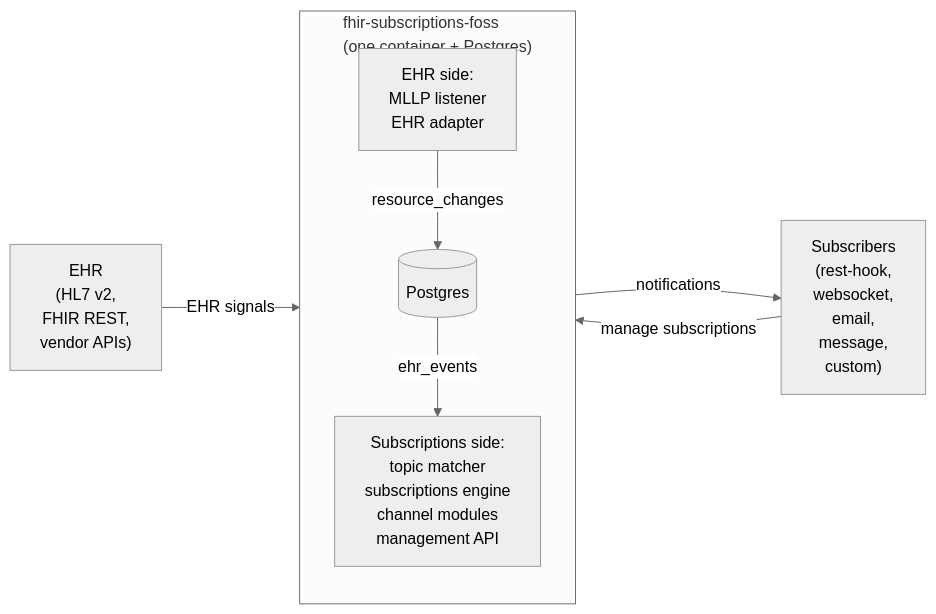
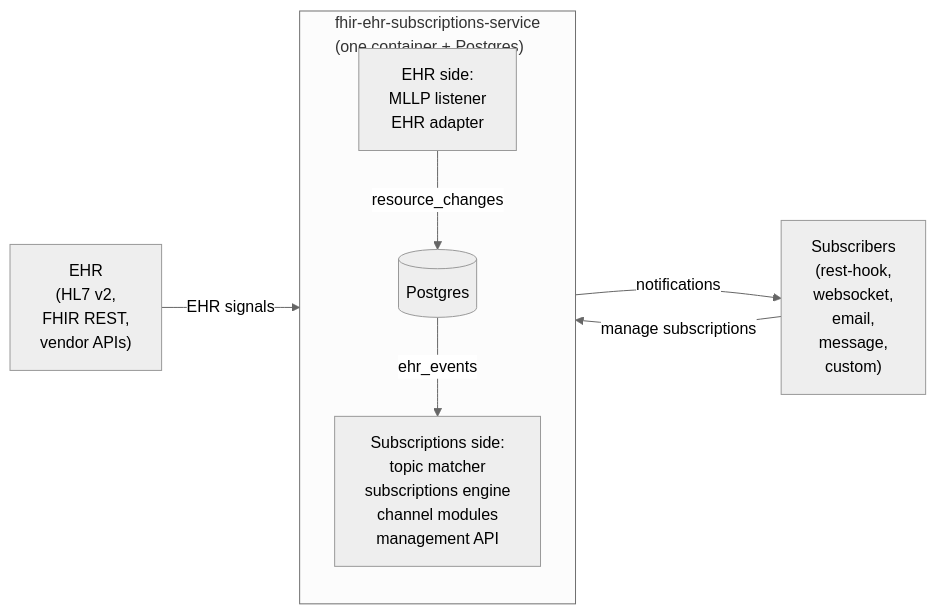
The diagram in docs/high-level-design/overview.md (bzimbelman/fhir-ehr-subscriptions-service), drawn with Mermaid (neutral theme) before and after one commit. The commit also changed other lines of this file and 273 other files, not shown here.

First line of the commit message:
chore: rename project from fhir-subscriptions-foss to fhir-ehr-subscriptions-service

````diff
--- a/docs/high-level-design/overview.md
+++ b/docs/high-level-design/overview.md
@@ -17,18 +17,18 @@
 ```mermaid
 flowchart LR
     ehr["EHR<br/>(HL7 v2,<br/>FHIR REST,<br/>vendor APIs)"]
     sub["Subscribers<br/>(rest-hook,<br/>websocket,<br/>email,<br/>message,<br/>custom)"]
 
-    subgraph S["fhir-subscriptions-foss<br/>(one container + Postgres)"]
+    subgraph S["fhir-ehr-subscriptions-service<br/>(one container + Postgres)"]
         direction TB
         ehrside["EHR side:<br/>MLLP listener<br/>EHR adapter"]
         store[("Postgres")]
         subside["Subscriptions side:<br/>topic matcher<br/>subscriptions engine<br/>channel modules<br/>management API"]
     end
 
     ehr -- "EHR signals" --> ehrside
     ehrside -- "resource_changes" --> store
     store -- "ehr_events" --> subside
     subside -- "notifications" --> sub
     sub -- "manage subscriptions" --> subside
 ```
````
